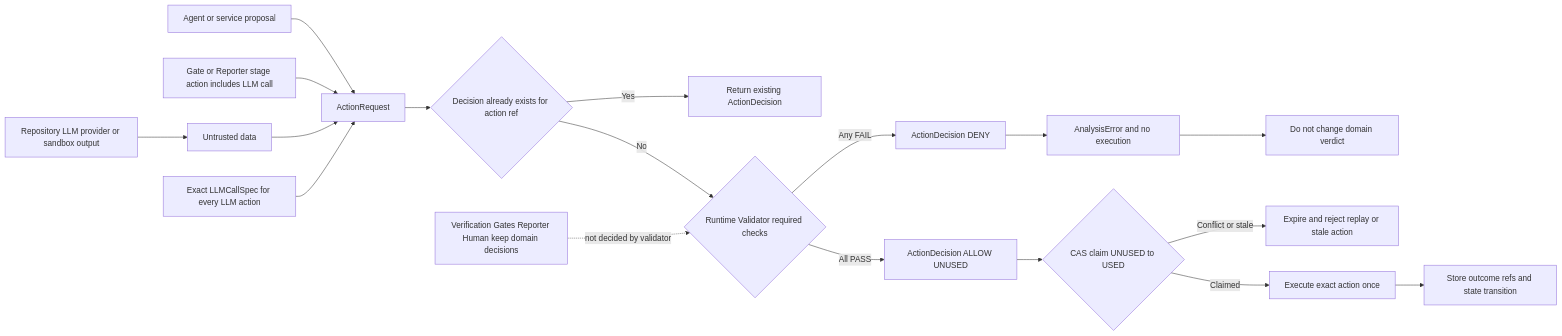
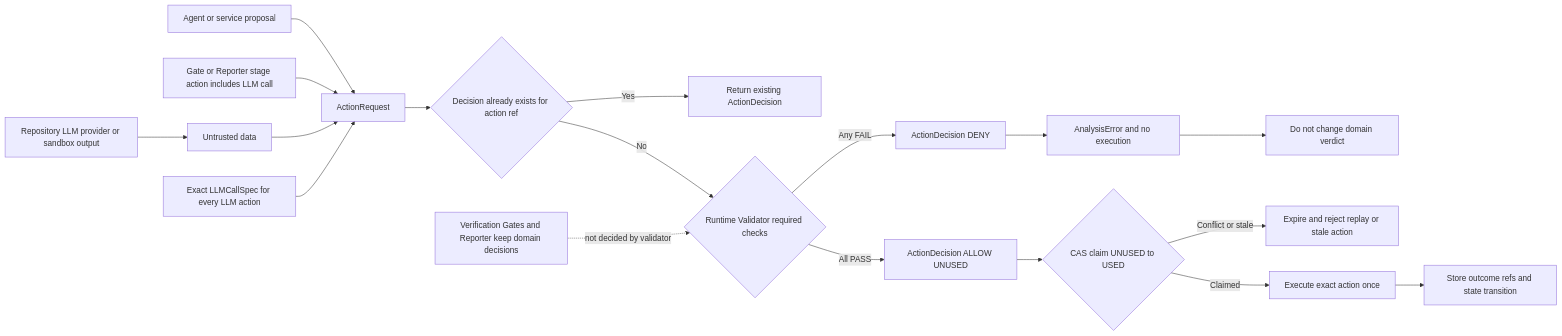
One commit to SASTsimi/sastsimi changed diagram 12 of 13 in docs/architecture-v5/13-architecture-diagrams.md. Above: the diagram before and after it, drawn with Mermaid. The commit also changed other lines of this file and 28 other files, not shown here.

````diff
--- a/docs/architecture-v5/13-architecture-diagrams.md
+++ b/docs/architecture-v5/13-architecture-diagrams.md
@@ -374,20 +374,20 @@
 ```mermaid
 flowchart LR
     INPUT[Repository LLM provider or sandbox output] --> UNTRUSTED[Untrusted data]
     AGENT[Agent or service proposal] --> REQUEST[ActionRequest]
     STAGE[Gate or Reporter stage action includes LLM call] --> REQUEST
     UNTRUSTED --> REQUEST
     SPEC[Exact LLMCallSpec for every LLM action] --> REQUEST
     REQUEST --> UNIQUE{Decision already exists for action ref}
     UNIQUE -->|Yes| EXISTING[Return existing ActionDecision]
     UNIQUE -->|No| CHECK{Runtime Validator required checks}
     CHECK -->|Any FAIL| DENY[ActionDecision DENY]
     DENY --> ERROR[AnalysisError and no execution]
     ERROR --> KEEP[Do not change domain verdict]
     CHECK -->|All PASS| ALLOW[ActionDecision ALLOW UNUSED]
     ALLOW --> CLAIM{CAS claim UNUSED to USED}
     CLAIM -->|Conflict or stale| REJECT[Expire and reject replay or stale action]
     CLAIM -->|Claimed| EXECUTE[Execute exact action once]
     EXECUTE --> OUTCOME[Store outcome refs and state transition]
-    DOMAIN[Verification Gates Reporter Human keep domain decisions] -. not decided by validator .-> CHECK
+    DOMAIN[Verification Gates and Reporter keep domain decisions] -. not decided by validator .-> CHECK
 ```
````
